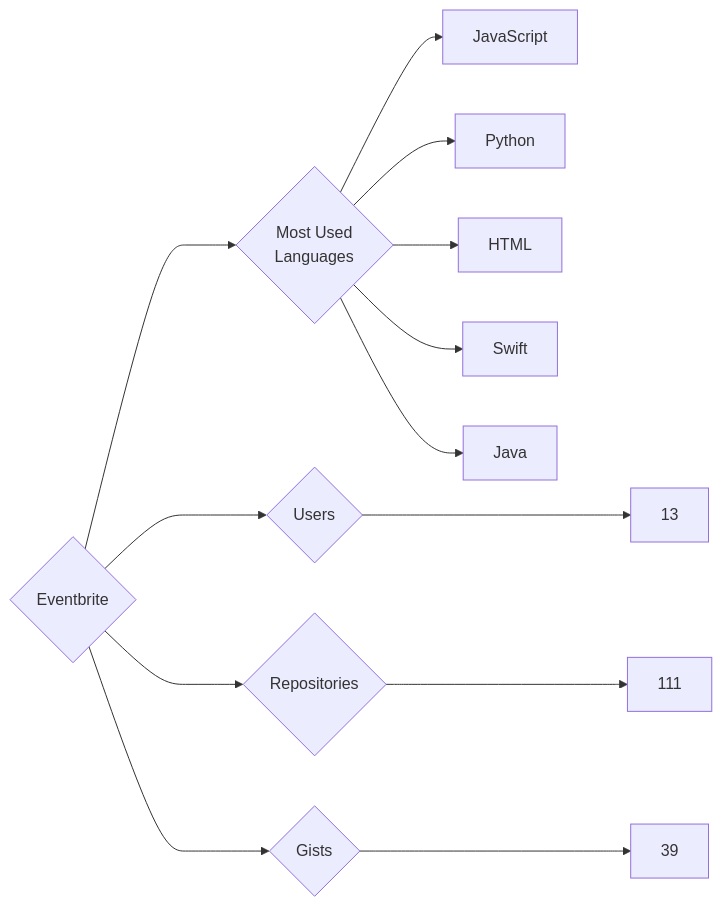
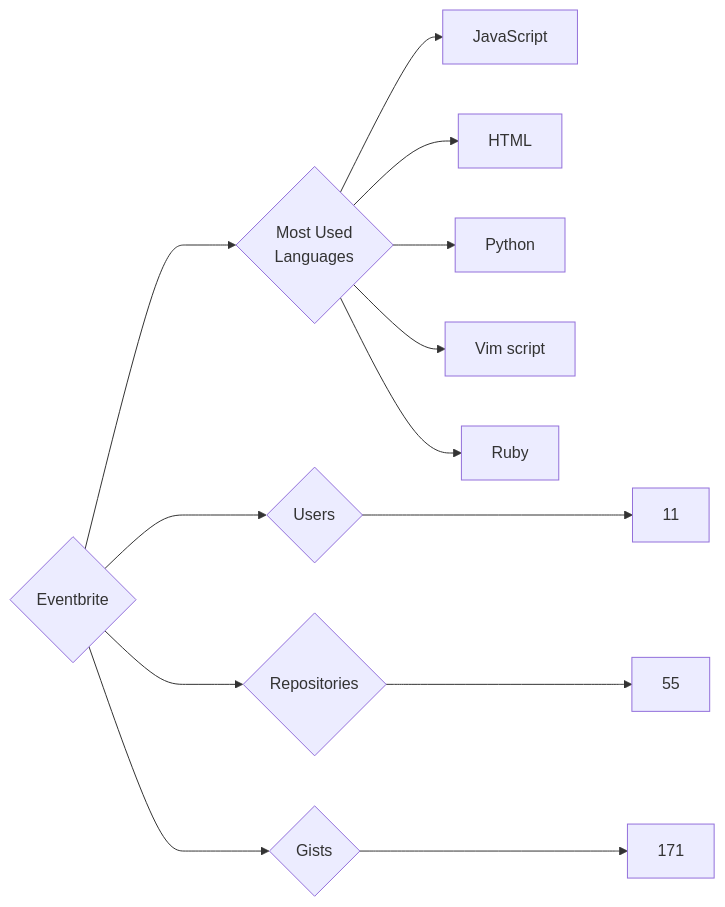
One commit to trickest/insiders changed the diagram in targets/Eventbrite/README.md. Above: the diagram before and after it, drawn with Mermaid. The commit also changed 750 other files, not shown here.

````diff
--- a/targets/Eventbrite/README.md
+++ b/targets/Eventbrite/README.md
@@ -3,13 +3,13 @@
 ```mermaid
 graph LR
 COMPANY_NAME{Eventbrite}
-COMPANY_NAME ---> U{Users} ---> UN[13]
-COMPANY_NAME ---> R{Repositories} ---> RN[111]
-COMPANY_NAME ---> G{Gists} ---> GN[39]
+COMPANY_NAME ---> U{Users} ---> UN[11]
+COMPANY_NAME ---> R{Repositories} ---> RN[55]
+COMPANY_NAME ---> G{Gists} ---> GN[171]
 COMPANY_NAME ---> ML{Most Used<br>Languages}
 ML --> JavaScript[JavaScript]
+ML --> HTML[HTML]
 ML --> Python[Python]
-ML --> HTML[HTML]
-ML --> Swift[Swift]
-ML --> Java[Java]
+ML --> Vim_script[Vim script]
+ML --> Ruby[Ruby]
 ```
````
